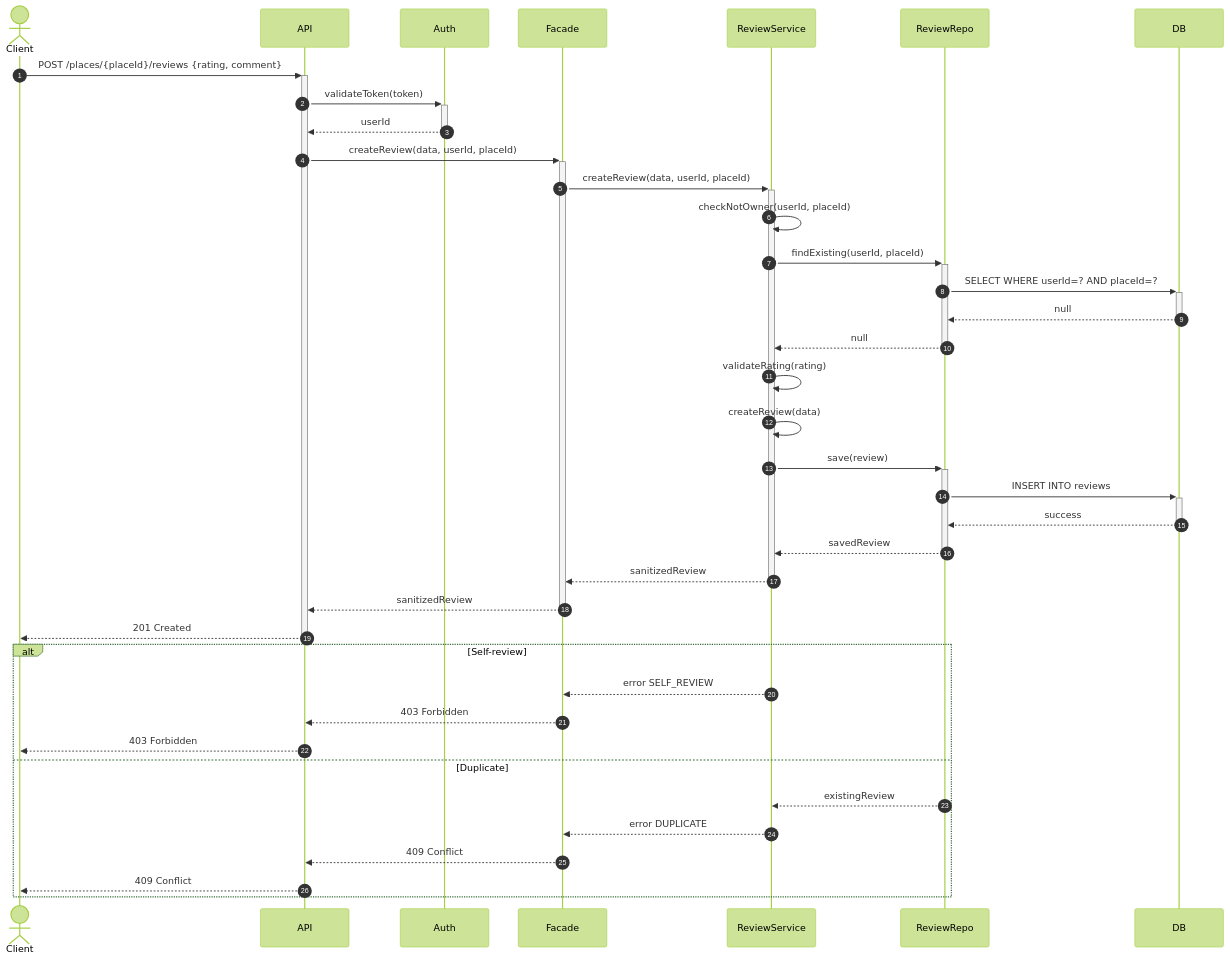
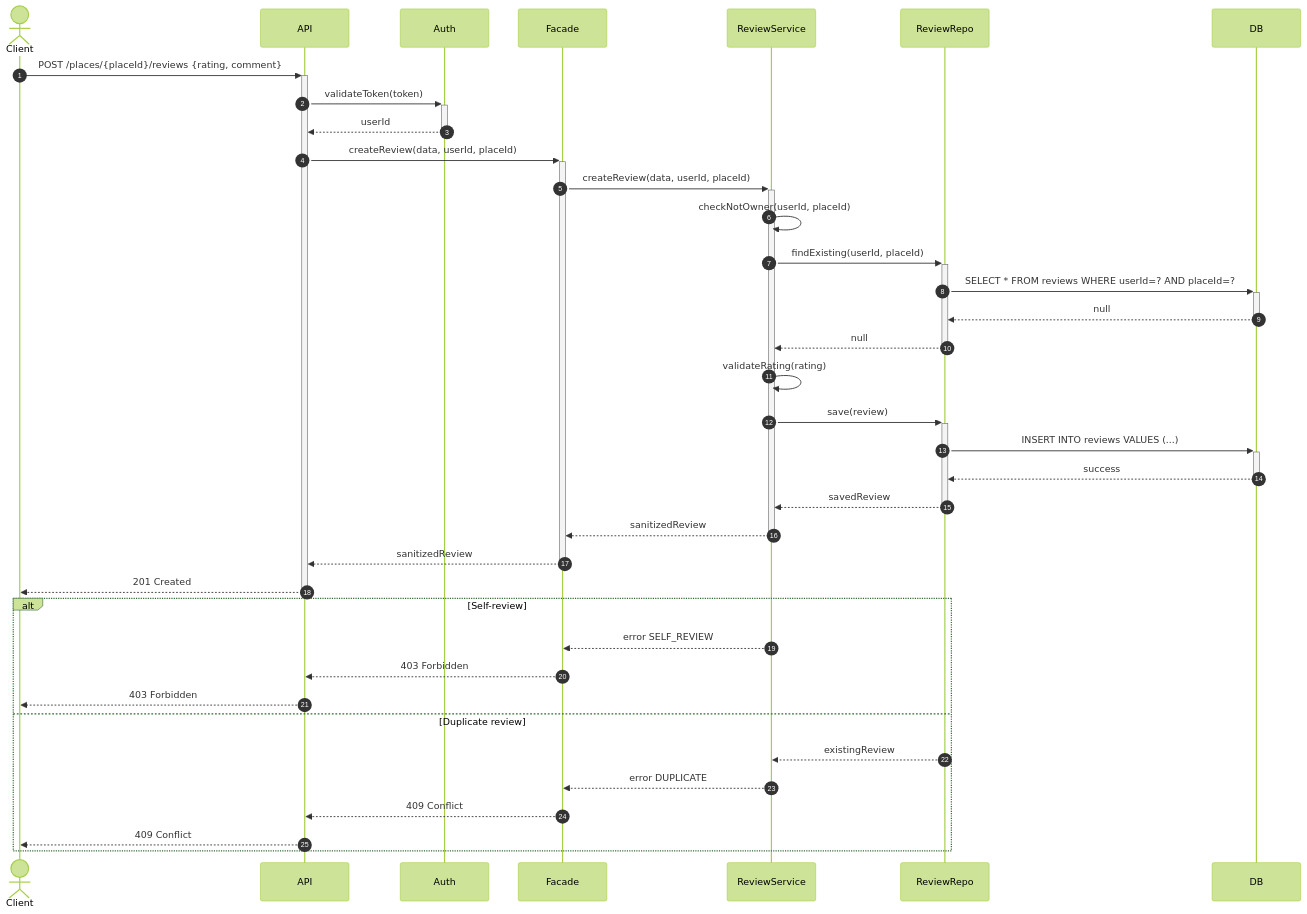
One commit to Lagui117/holbertonschool-hbnb changed the third of 4 diagrams in part1/2-sequences.md. Above: the diagram before and after it, drawn with Mermaid (forest theme). The commit also changed other lines of this file, not shown here.

Commit message:
2-sequences.md

````diff
--- a/part1/2-sequences.md
+++ b/part1/2-sequences.md
@@ -121,47 +116,47 @@
 ```mermaid
 sequenceDiagram
     autonumber
     actor Client
     participant API
     participant Auth
     participant Facade
     participant ReviewService
     participant ReviewRepo
     participant DB
 
+    %% ==== FLUX PRINCIPAL / MAIN FLOW ====
     Client->>+API: POST /places/{placeId}/reviews {rating, comment}
     API->>+Auth: validateToken(token)
     Auth-->>-API: userId
     
     API->>+Facade: createReview(data, userId, placeId)
     Facade->>+ReviewService: createReview(data, userId, placeId)
     
     ReviewService->>ReviewService: checkNotOwner(userId, placeId)
     ReviewService->>+ReviewRepo: findExisting(userId, placeId)
-    ReviewRepo->>+DB: SELECT WHERE userId=? AND placeId=?
+    ReviewRepo->>+DB: SELECT * FROM reviews WHERE userId=? AND placeId=?
     DB-->>-ReviewRepo: null
     ReviewRepo-->>-ReviewService: null
     
     ReviewService->>ReviewService: validateRating(rating)
-    ReviewService->>ReviewService: createReview(data)
-    
     ReviewService->>+ReviewRepo: save(review)
-    ReviewRepo->>+DB: INSERT INTO reviews
+    ReviewRepo->>+DB: INSERT INTO reviews VALUES (...)
     DB-->>-ReviewRepo: success
     ReviewRepo-->>-ReviewService: savedReview
     
     ReviewService-->>-Facade: sanitizedReview
     Facade-->>-API: sanitizedReview
     API-->>-Client: 201 Created
 
+    %% ==== ERREURS ====
     alt Self-review
         ReviewService-->>Facade: error SELF_REVIEW
         Facade-->>API: 403 Forbidden
         API-->>Client: 403 Forbidden
-    else Duplicate
+    else Duplicate review
         ReviewRepo-->>ReviewService: existingReview
         ReviewService-->>Facade: error DUPLICATE
         Facade-->>API: 409 Conflict
         API-->>Client: 409 Conflict
     end
 ```
````
